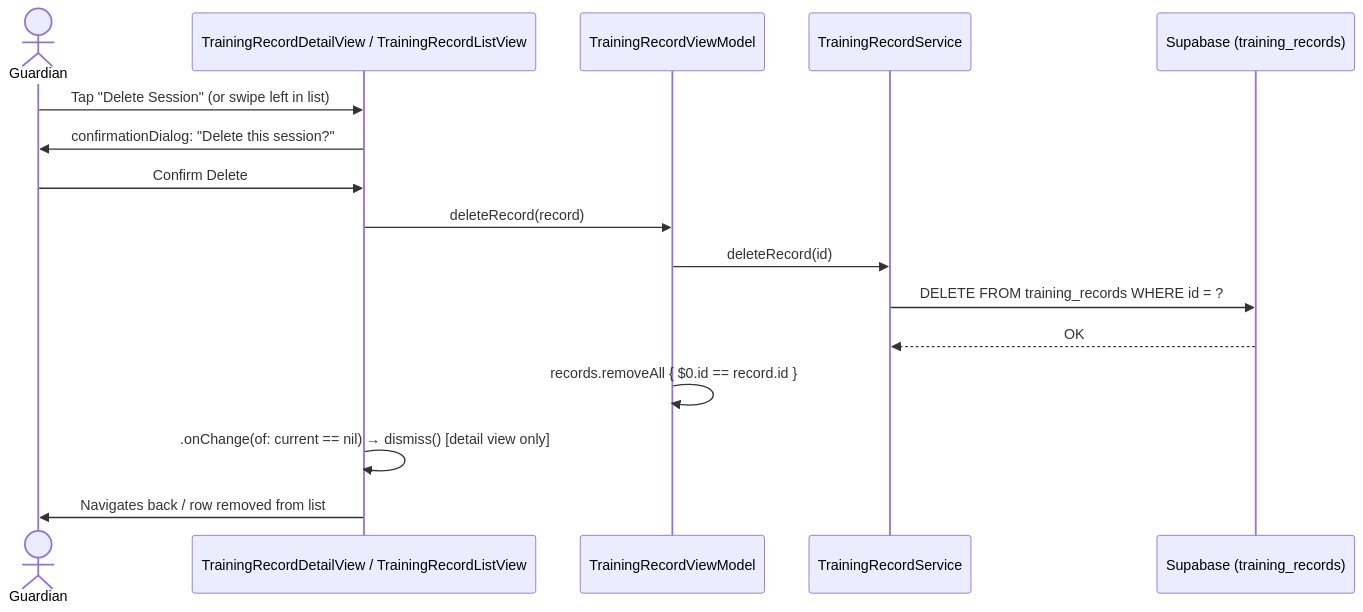
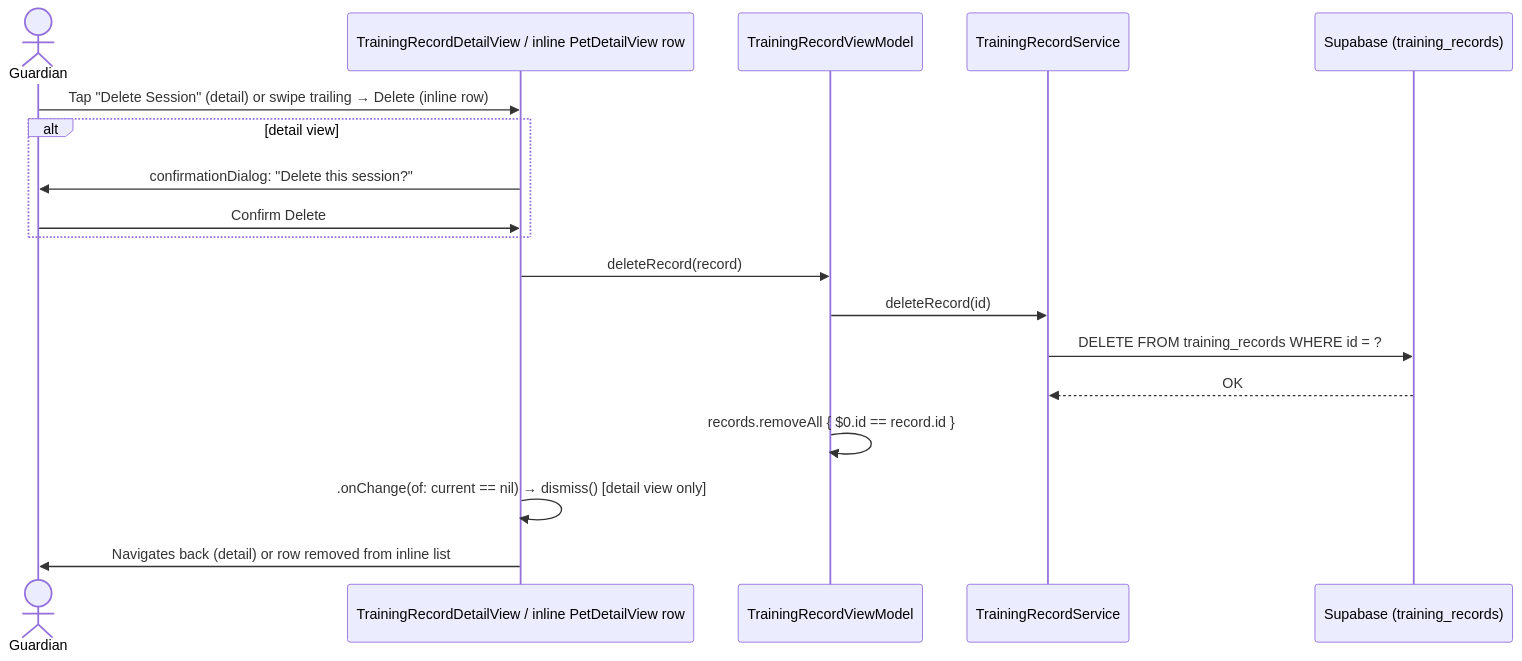
Before and after one commit to markculley/-HoundHabit_Android: the fifth of 5 diagrams in docs/use_cases/log_training.md, drawn with Mermaid. The commit also changed other lines of this file and 20 other files, not shown here.

````diff
--- a/docs/use_cases/log_training.md
+++ b/docs/use_cases/log_training.md
@@ -120,19 +177,21 @@
 ```mermaid
 sequenceDiagram
     actor G as Guardian
-    participant UI as TrainingRecordDetailView / TrainingRecordListView
+    participant UI as TrainingRecordDetailView / inline PetDetailView row
     participant VM as TrainingRecordViewModel
     participant SVC as TrainingRecordService
     participant DB as Supabase (training_records)
 
-    G->>UI: Tap "Delete Session" (or swipe left in list)
-    UI->>G: confirmationDialog: "Delete this session?"
-    G->>UI: Confirm Delete
+    G->>UI: Tap "Delete Session" (detail) or swipe trailing → Delete (inline row)
+    alt detail view
+        UI->>G: confirmationDialog: "Delete this session?"
+        G->>UI: Confirm Delete
+    end
     UI->>VM: deleteRecord(record)
     VM->>SVC: deleteRecord(id)
     SVC->>DB: DELETE FROM training_records WHERE id = ?
     DB-->>SVC: OK
     VM->>VM: records.removeAll { $0.id == record.id }
     UI->>UI: .onChange(of: current == nil) → dismiss() [detail view only]
-    UI->>G: Navigates back / row removed from list
+    UI->>G: Navigates back (detail) or row removed from inline list
 ```
````
